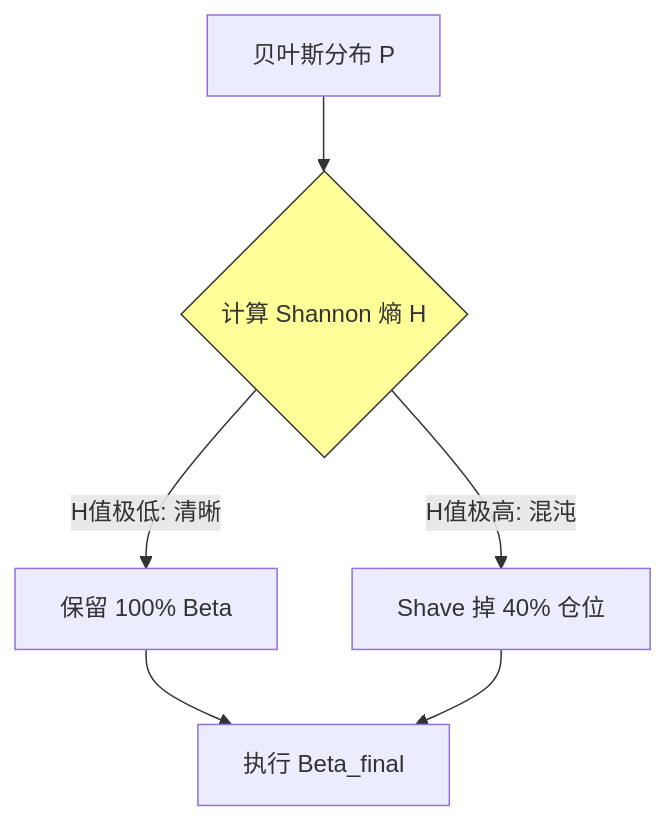
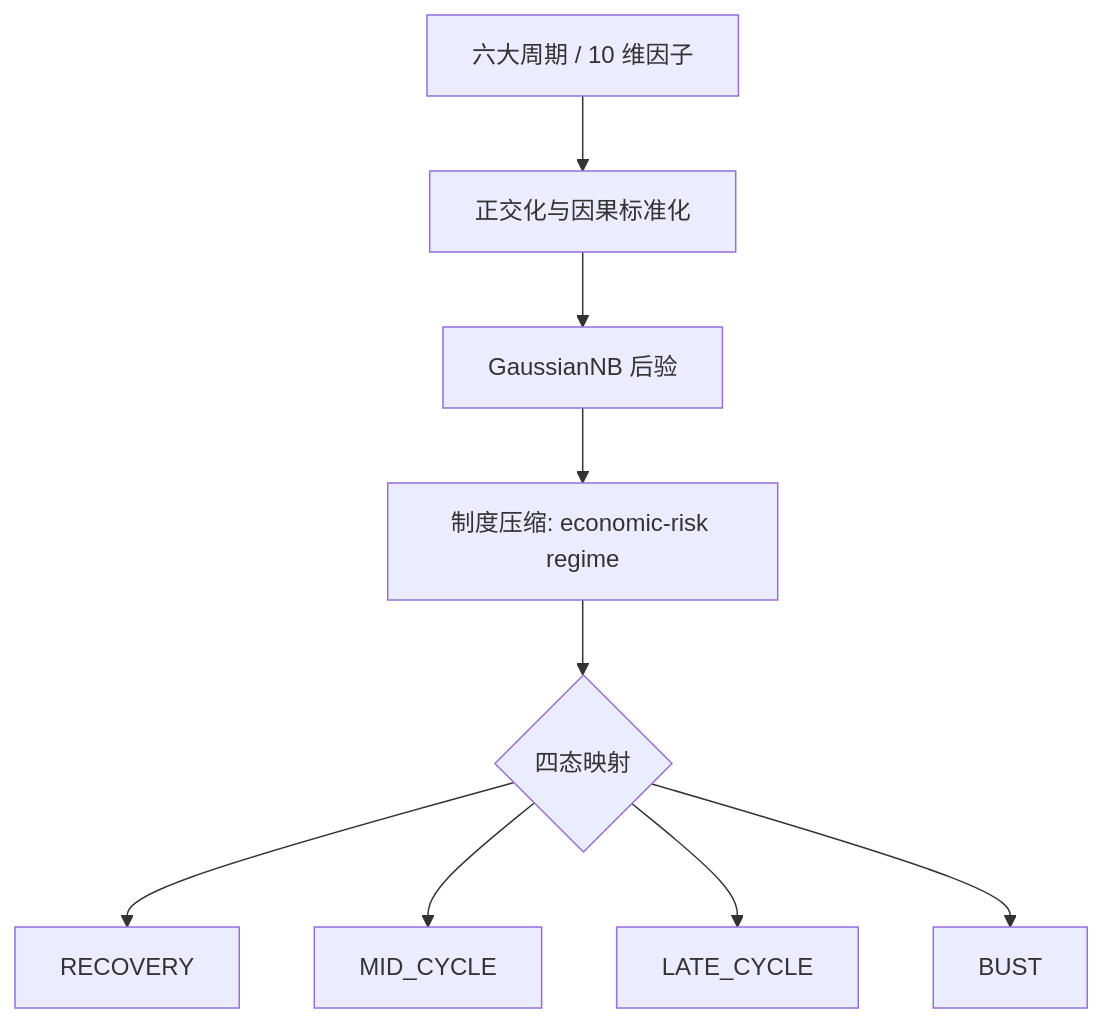
The third of 10 diagrams in docs/V11_5_USER_PHILOSOPHY.md (yutaofr/qqq-buyer-monitor), drawn with Mermaid before and after one commit. The commit also changed other lines of this file and 1 other file, not shown here.

````diff
--- a/docs/V11_5_USER_PHILOSOPHY.md
+++ b/docs/V11_5_USER_PHILOSOPHY.md
@@ -169,8 +121,11 @@
 ```mermaid
-graph TD
-    A[贝叶斯分布 P] --> B{计算 Shannon 熵 H}
-    B -- H值极低: 清晰 --> C[保留 100% Beta]
-    B -- H值极高: 混沌 --> D[Shave 掉 40% 仓位]
-    C & D --> E[执行 Beta_final]
-    style B fill:#ff9,stroke:#333
+flowchart TB
+    A[六大周期 / 10 维因子] --> B[正交化与因果标准化]
+    B --> C[GaussianNB 后验]
+    C --> D[制度压缩: economic-risk regime]
+    D --> E{四态映射}
+    E --> F[RECOVERY]
+    E --> G[MID_CYCLE]
+    E --> H[LATE_CYCLE]
+    E --> I[BUST]
 ```
````
